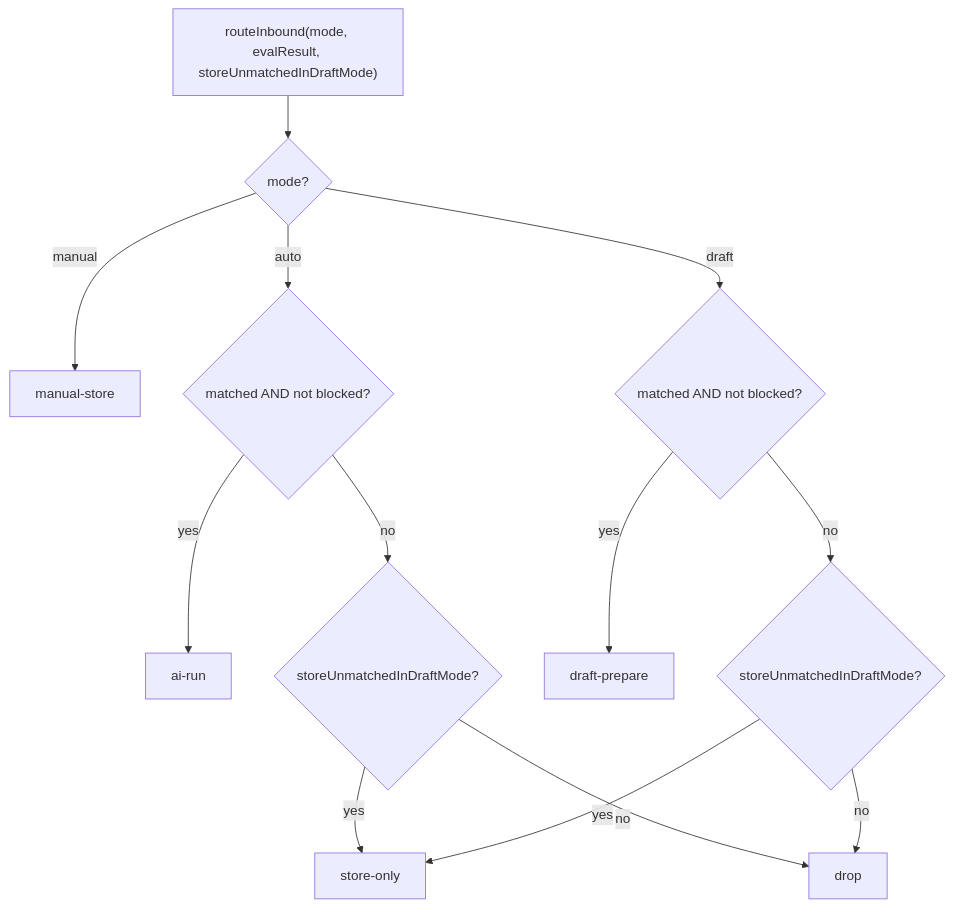
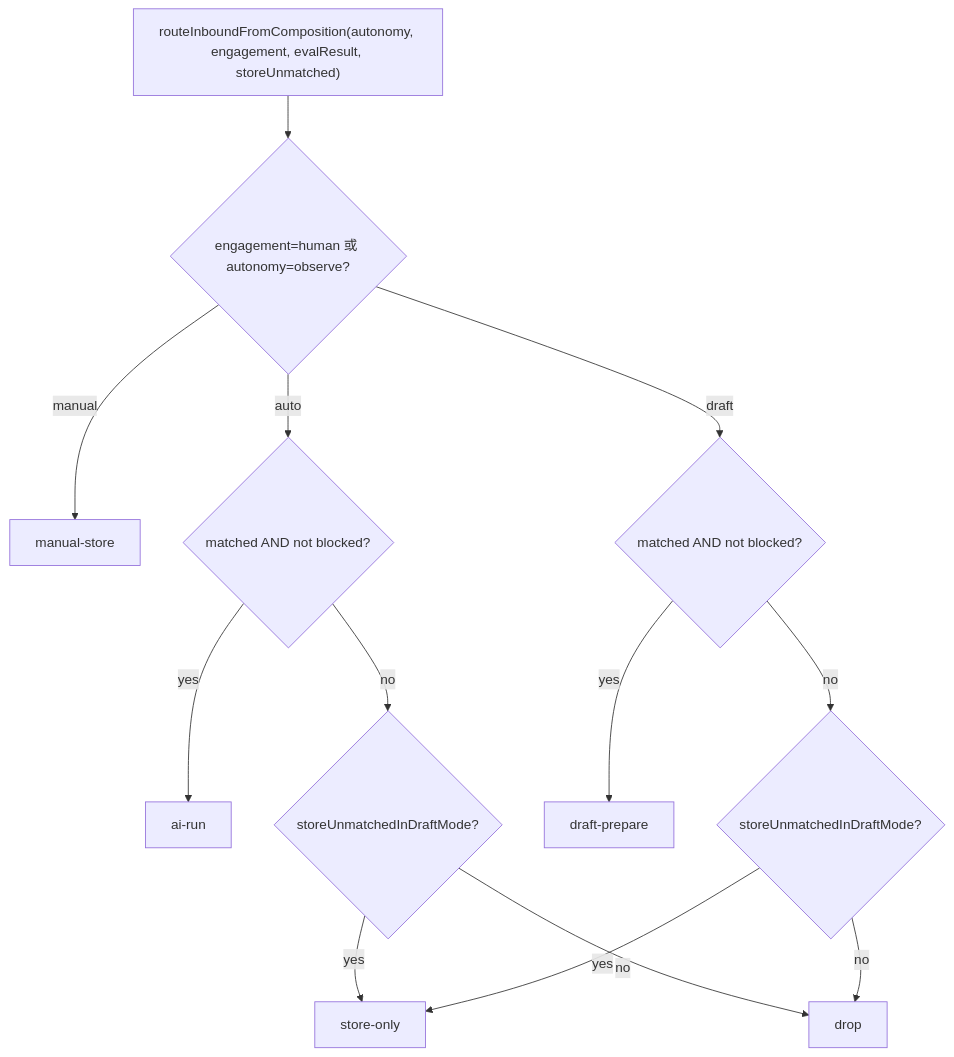
Before and after one commit to MaxQian888/cognia-next: the third of 3 diagrams in docs/content/docs/zh/subsystems/platform-connectors/inbound-gating.mdx, drawn with Mermaid. The commit also changed other lines of this file and 14 other files, not shown here.

````diff
--- a/docs/content/docs/zh/subsystems/platform-connectors/inbound-gating.mdx
+++ b/docs/content/docs/zh/subsystems/platform-connectors/inbound-gating.mdx
@@ -190,15 +194,15 @@
 ```mermaid
 flowchart TD
-  A["routeInbound(mode, evalResult, storeUnmatchedInDraftMode)"] --> B{"mode?"}
+  A["routeInboundFromComposition(autonomy, engagement, evalResult, storeUnmatched)"] --> B{"engagement=human 或 autonomy=observe?"}
   B -->|manual| MS["manual-store"]
   B -->|auto| C{"matched AND not blocked?"}
   C -->|yes| AR["ai-run"]
   C -->|no| D{"storeUnmatchedInDraftMode?"}
   D -->|yes| SO["store-only"]
   D -->|no| DROP["drop"]
   B -->|draft| E{"matched AND not blocked?"}
   E -->|yes| DP["draft-prepare"]
   E -->|no| F{"storeUnmatchedInDraftMode?"}
   F -->|yes| SO
   F -->|no| DROP
 ```
````
